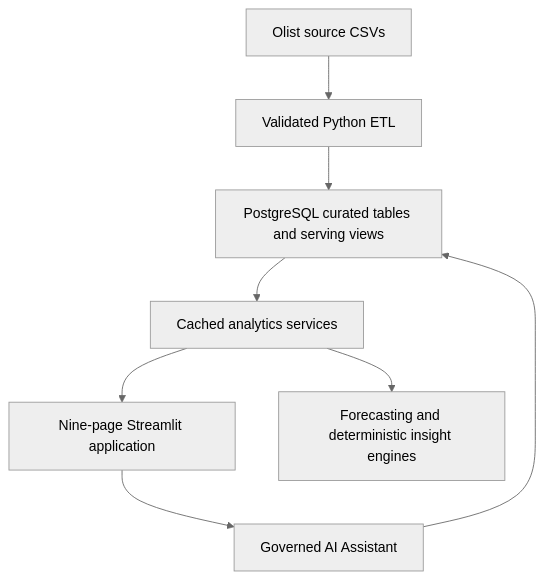
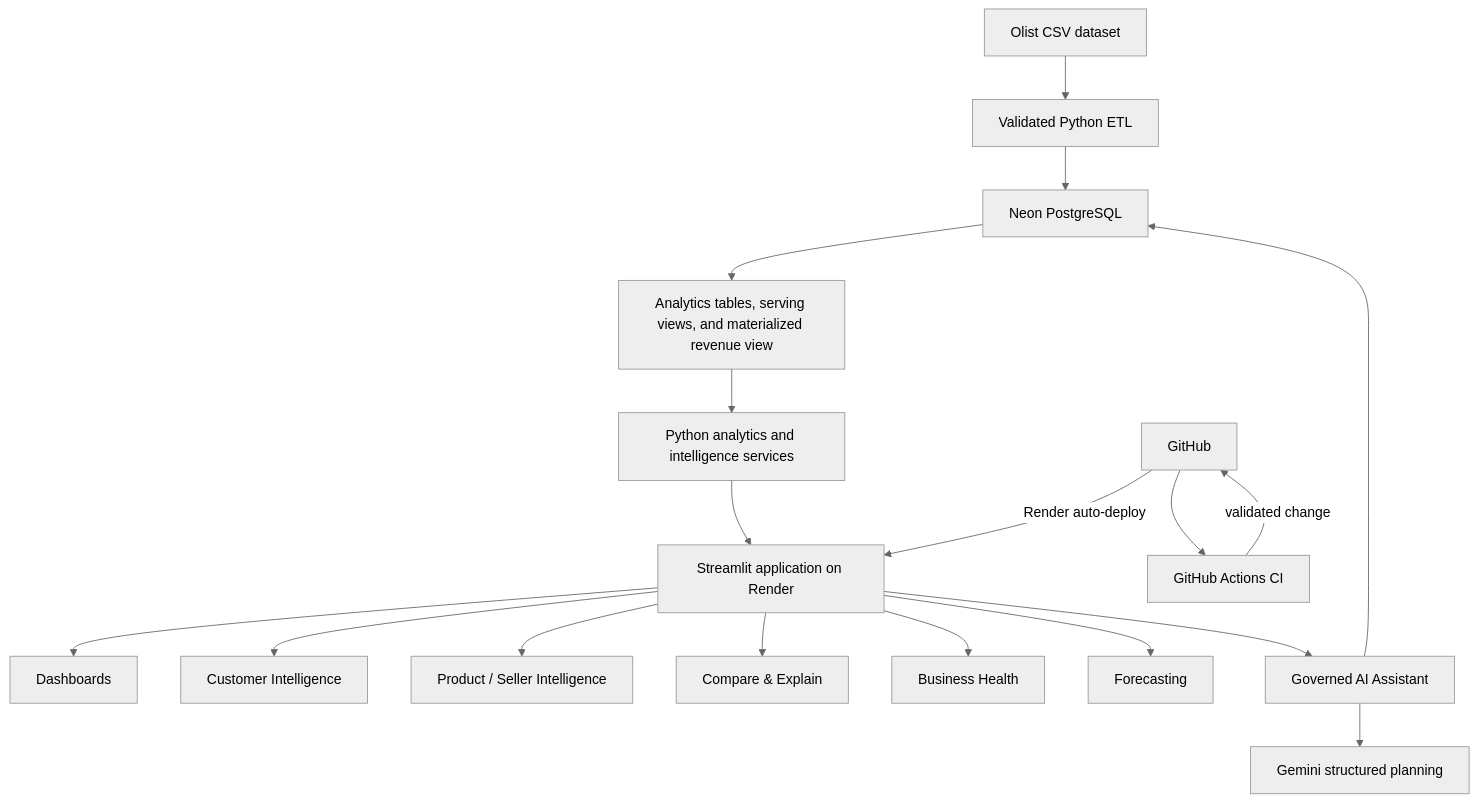
One commit to mahtopriyanshu/InsightFlow-AI changed the first of 2 diagrams in README.md. Above: the diagram before and after it, drawn with Mermaid (neutral theme). The commit also changed other lines of this file and 11 other files, not shown here.

````diff
--- a/README.md
+++ b/README.md
@@ -132,10 +37,21 @@
 ```mermaid
 flowchart TB
-    CSV["Olist source CSVs"] --> ETL["Validated Python ETL"]
-    ETL --> PG["PostgreSQL curated tables and serving views"]
-    PG --> SVC["Cached analytics services"]
-    SVC --> UI["Nine-page Streamlit application"]
-    SVC --> FCAST["Forecasting and deterministic insight engines"]
-    UI --> ASSIST["Governed AI Assistant"]
-    ASSIST --> PG
+    O["Olist CSV dataset"] --> ETL["Validated Python ETL"]
+    ETL --> N["Neon PostgreSQL"]
+    N --> S["Analytics tables, serving views, and materialized revenue view"]
+    S --> B["Python analytics and intelligence services"]
+    B --> ST["Streamlit application on Render"]
+    ST --> D["Dashboards"]
+    ST --> C["Customer Intelligence"]
+    ST --> PS["Product / Seller Intelligence"]
+    ST --> CE["Compare & Explain"]
+    ST --> H["Business Health"]
+    ST --> F["Forecasting"]
+    ST --> A["Governed AI Assistant"]
+    A --> G["Gemini structured planning"]
+    A --> N
+
+    GH["GitHub"] --> CI["GitHub Actions CI"]
+    CI -->|"validated change"| GH
+    GH -->|"Render auto-deploy"| ST
 ```
````
